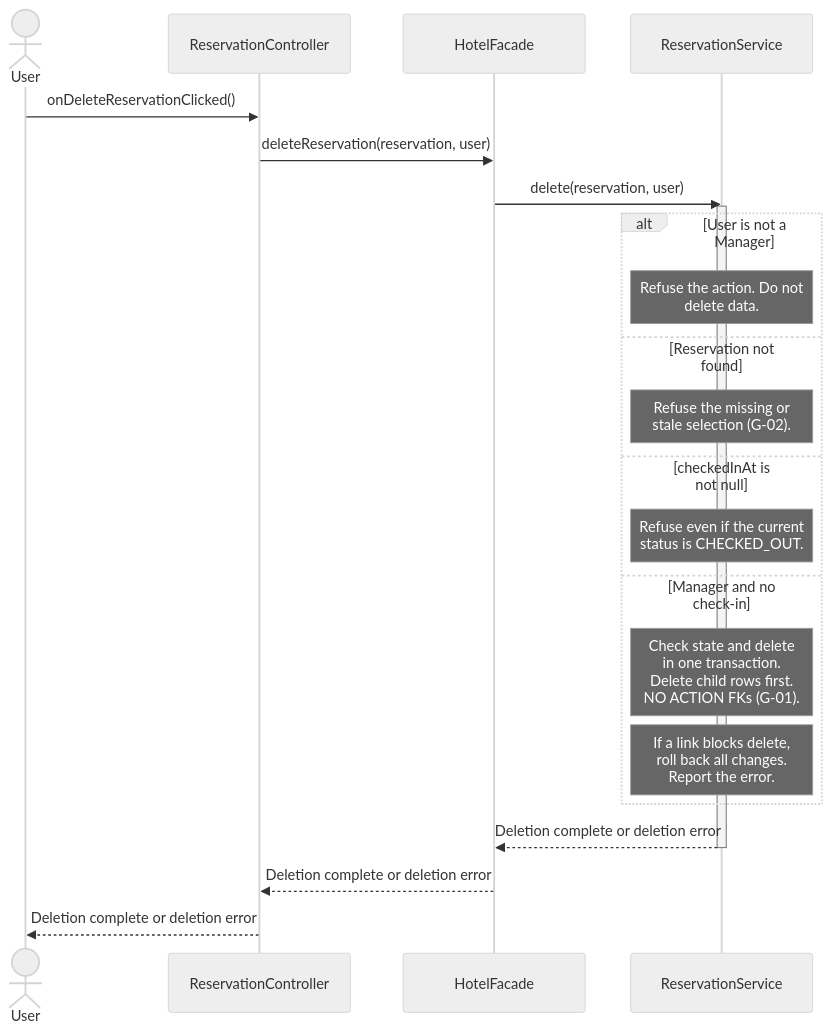
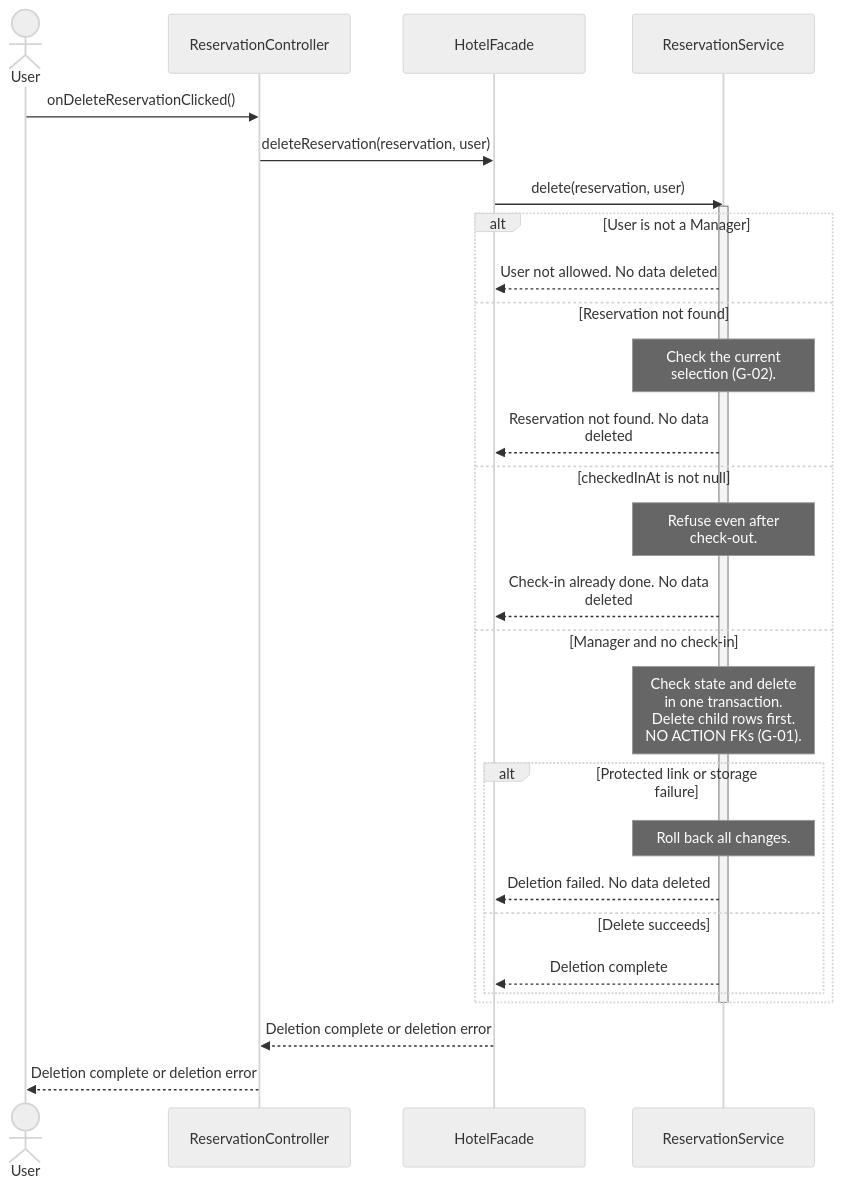
Before and after one commit to BorjaTiago/hotel4you: the first of 2 diagrams in docs/uml/sequence-diagrams.md, drawn with Mermaid. The commit also changed other lines of this file and 3 other files, not shown here.

Commit message:
H4Y-8 simplify sequence diagrams after review

````diff
--- a/docs/uml/sequence-diagrams.md
+++ b/docs/uml/sequence-diagrams.md
@@ -192,26 +26,32 @@
 ```mermaid
 %%{init: {"theme":"neutral","fontFamily":"Arial","sequence":{"actorFontFamily":"Arial","noteFontFamily":"Arial","messageFontFamily":"Arial","width":200,"wrap":true}}}%%
 sequenceDiagram
     actor User
     participant RC as ReservationController
     participant F as HotelFacade
     participant RS as ReservationService
     User->>RC: onDeleteReservationClicked()
     RC->>F: deleteReservation(reservation, user)
     F->>RS: delete(reservation, user)
     activate RS
     alt User is not a Manager
-        Note over RS: Refuse the action. Do not<br/>delete data.
+        RS-->>F: User not allowed. No data deleted
     else Reservation not found
-        Note over RS: Refuse the missing or<br/>stale selection (G-02).
+        Note over RS: Check the current selection (G-02).
+        RS-->>F: Reservation not found. No data deleted
     else checkedInAt is not null
-        Note over RS: Refuse even if the current<br/>status is CHECKED_OUT.
+        Note over RS: Refuse even after check-out.
+        RS-->>F: Check-in already done. No data deleted
     else Manager and no check-in
         Note over RS: Check state and delete<br/>in one transaction.<br/>Delete child rows first.<br/>NO ACTION FKs (G-01).
-        Note over RS: If a link blocks delete,<br/>roll back all changes.<br/>Report the error.
+        alt Protected link or storage failure
+            Note over RS: Roll back all changes.
+            RS-->>F: Deletion failed. No data deleted
+        else Delete succeeds
+            RS-->>F: Deletion complete
+        end
     end
-    RS-->>F: Deletion complete or deletion error
     deactivate RS
     F-->>RC: Deletion complete or deletion error
     RC-->>User: Deletion complete or deletion error
 ```
````
